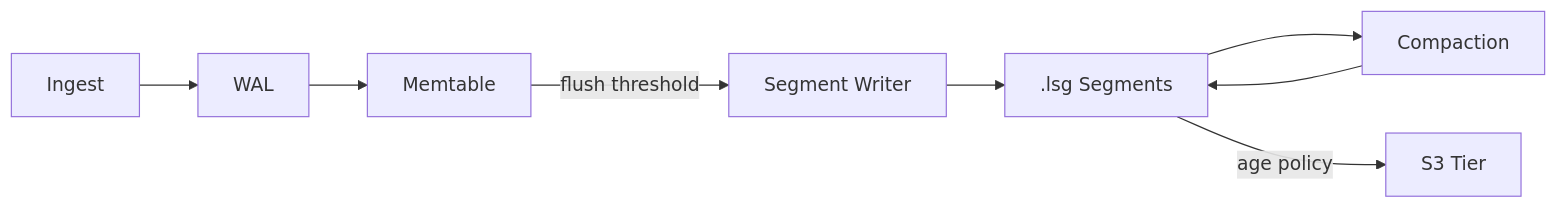
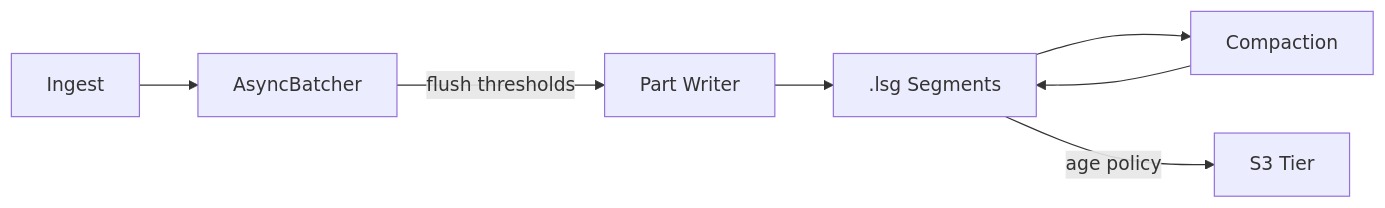
One commit to lynxbase/lynxdb changed the first of 2 diagrams in docs/site/docs/architecture/overview.md. Above: the diagram before and after it, drawn with Mermaid. The commit also changed other lines of this file and 86 other files, not shown here.

````diff
--- a/docs/site/docs/architecture/overview.md
+++ b/docs/site/docs/architecture/overview.md
@@ -127,10 +127,9 @@
 ```mermaid
 flowchart LR
-    A[Ingest] --> B[WAL]
-    B --> C[Memtable]
-    C -->|flush threshold| D[Segment Writer]
-    D --> E[".lsg Segments"]
-    E --> F[Compaction]
-    F --> E
-    E -->|age policy| G[S3 Tier]
+    A[Ingest] --> B[AsyncBatcher]
+    B -->|flush thresholds| C[Part Writer]
+    C --> D[".lsg Segments"]
+    D --> E[Compaction]
+    E --> D
+    D -->|age policy| F[S3 Tier]
 ```
````
